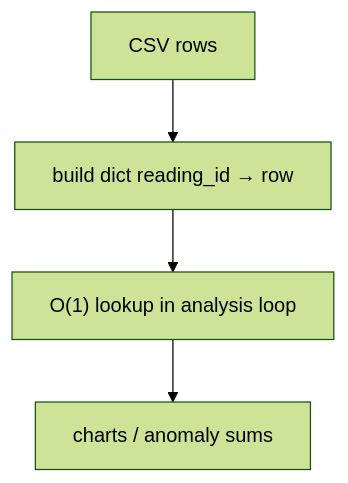
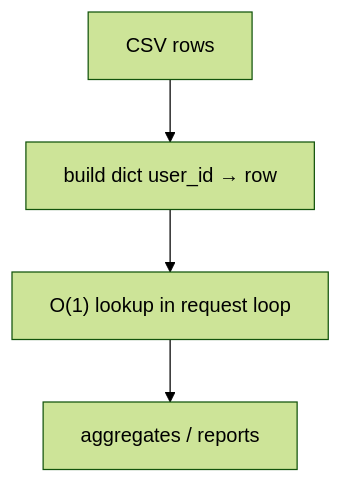
One commit to qgjones9/python-programming-guide changed the sixth of 6 diagrams in docs/dsa/data-structures/hash-table/index.md. Above: the diagram before and after it, drawn with Mermaid (forest theme). The commit also changed other lines of this file and 31 other files, not shown here.

````diff
--- a/docs/dsa/data-structures/hash-table/index.md
+++ b/docs/dsa/data-structures/hash-table/index.md
@@ -639,6 +638,6 @@
 ```mermaid
 flowchart TD
-  CSV["CSV rows"] --> B["build dict reading_id → row"]
-  B --> L["O(1) lookup in analysis loop"]
-  L --> OUT["charts / anomaly sums"]
+ CSV["CSV rows"] --> B["build dict user_id → row"]
+ B --> L["O(1) lookup in request loop"]
+ L --> OUT["aggregates / reports"]
 ```
````
